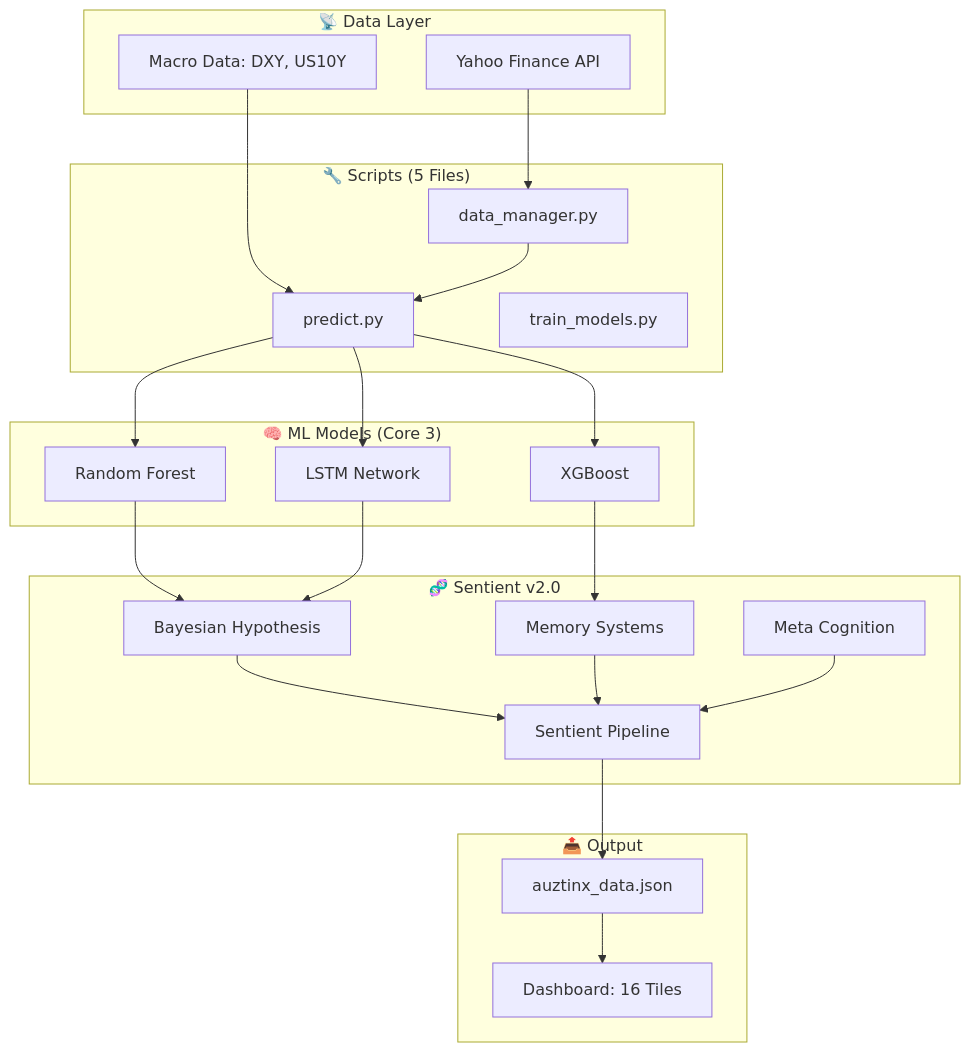
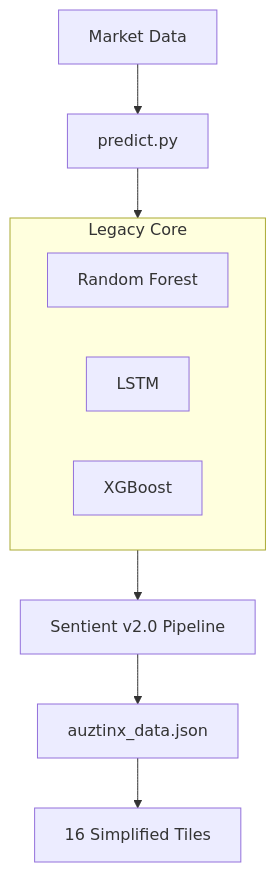
The first of 4 diagrams in README.md (pravindev666/Tradyx-Aleph), drawn with Mermaid before and after one commit. The commit also changed other lines of this file, not shown here.

First line of the commit message:
Revise README for Tradyxa X-Series and Sentient v2.0

````diff
--- a/README.md
+++ b/README.md
@@ -108,50 +26,13 @@
 ```mermaid
 flowchart TB
-    subgraph DataLayer["📡 Data Layer"]
-        YF[Yahoo Finance API]
-        MACRO[Macro Data: DXY, US10Y]
-    end
-
-    subgraph Scripts["🔧 Scripts (5 Files)"]
-        DM[data_manager.py]
-        PRED[predict.py]
-        TRAIN[train_models.py]
-    end
-
-    subgraph MLModels["🧠 ML Models (Core 3)"]
+    Data[Market Data] --> PRED[predict.py]
+    subgraph Core["Legacy Core"]
         RF[Random Forest]
-        LSTM[LSTM Network]
+        LSTM[LSTM]
         XGB[XGBoost]
     end
-
-    subgraph Cognitive["🧬 Sentient v2.0"]
-        BAY[Bayesian Hypothesis]
-        MEM[Memory Systems]
-        META[Meta Cognition]
-        PIPE[Sentient Pipeline]
-    end
-
-    subgraph Output["📤 Output"]
-        JSON[auztinx_data.json]
-        DASH[Dashboard: 16 Tiles]
-    end
-
-    YF --> DM
-    MACRO --> PRED
-    DM --> PRED
-    
-    PRED --> RF
-    PRED --> LSTM
-    PRED --> XGB
-    
-    RF --> BAY
-    LSTM --> BAY
-    XGB --> MEM
-    
-    BAY --> PIPE
-    MEM --> PIPE
-    META --> PIPE
-    
-    PIPE --> JSON
-    JSON --> DASH
+    PRED --> Core
+    Core --> SEN["Sentient v2.0 Pipeline"]
+    SEN --> JSON[auztinx_data.json]
+    JSON --> UI[16 Simplified Tiles]
 ```
````
